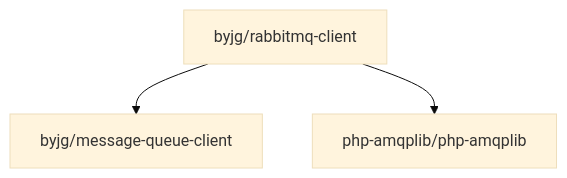
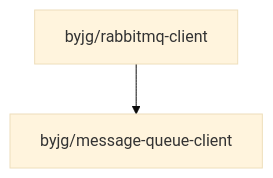
Before and after one commit to byjg/php-rabbitmq-client: the diagram in README.md, drawn with Mermaid (base theme). The commit also changed other lines of this file and 4 other files, not shown here.

````diff
--- a/README.md
+++ b/README.md
@@ -203,5 +207,4 @@
 ```mermaid
 flowchart TD
     byjg/rabbitmq-client --> byjg/message-queue-client
-    byjg/rabbitmq-client --> php-amqplib/php-amqplib
 ```
````
